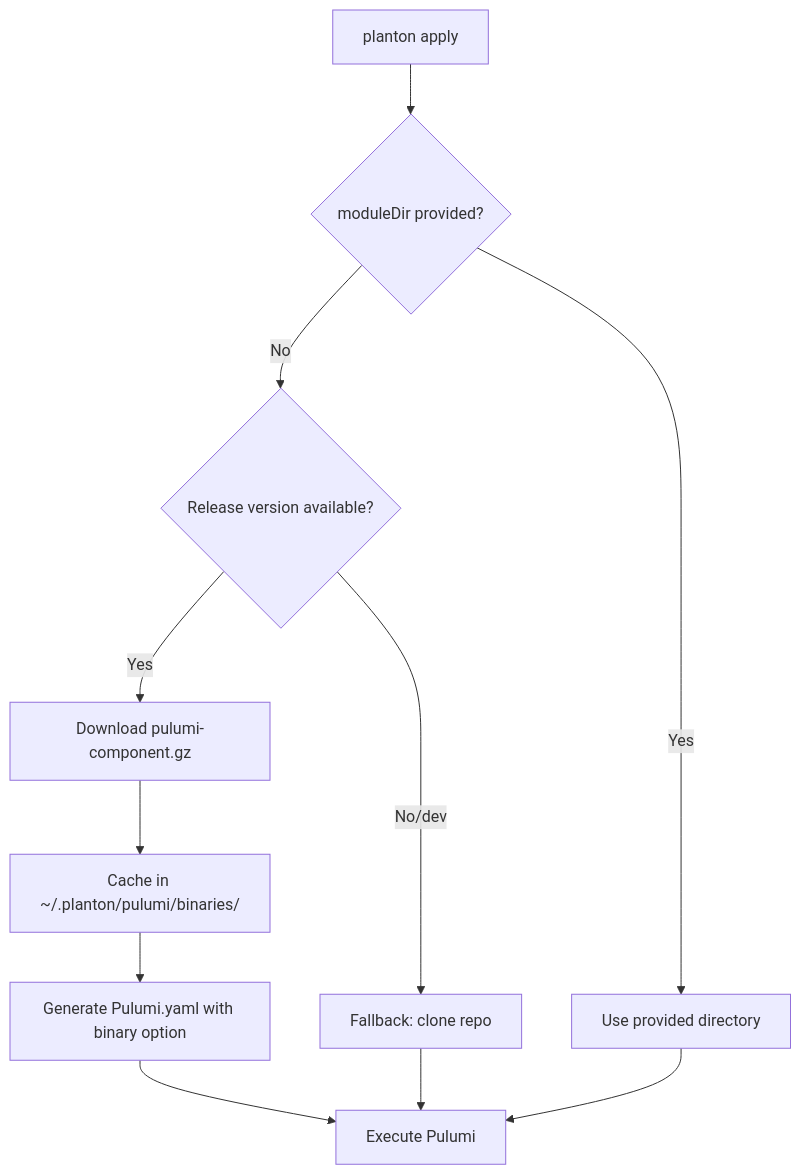
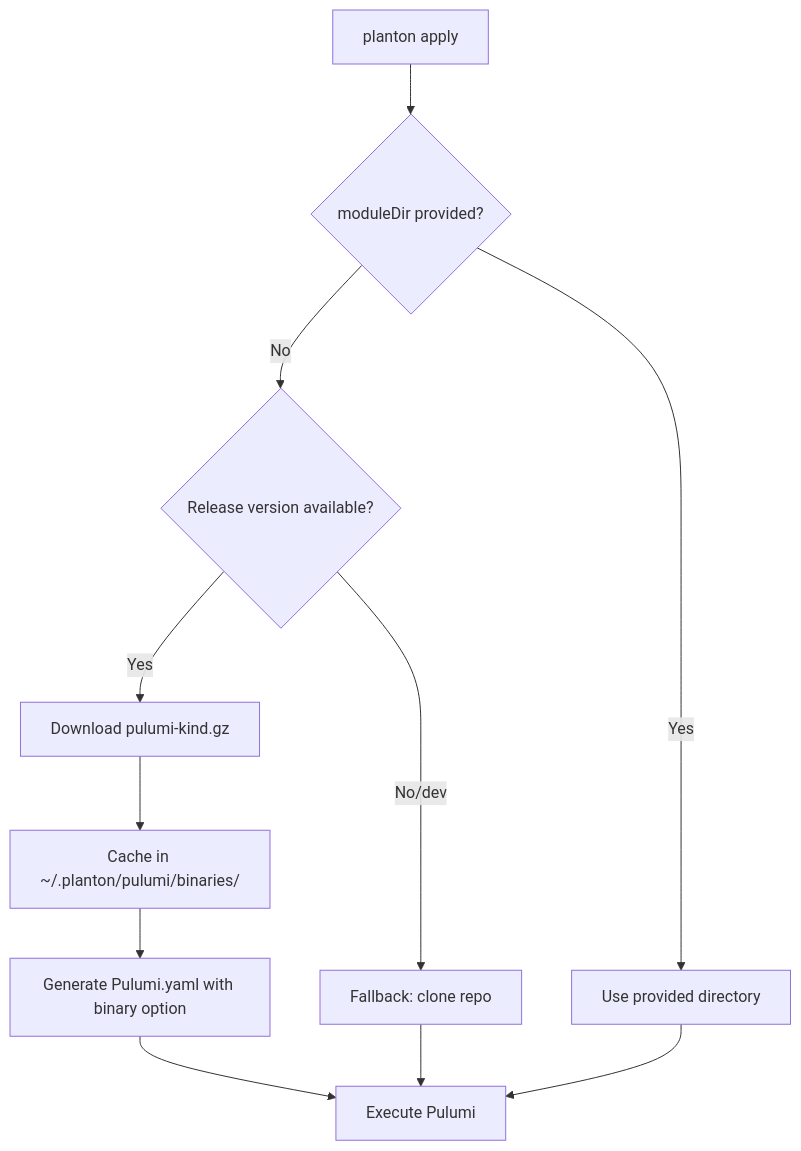
Before and after one commit to plantonhq/planton: the first of 2 diagrams in _changelog/2026-01/2026-01-08-052417-use-pulumi-binary-in-planton-cli.md, drawn with Mermaid. The commit also changed other lines of this file and 19058 other files, not shown here.

````diff
--- a/_changelog/2026-01/2026-01-08-052417-use-pulumi-binary-in-planton-cli.md
+++ b/_changelog/2026-01/2026-01-08-052417-use-pulumi-binary-in-planton-cli.md
@@ -32,13 +32,13 @@
 ```mermaid
 flowchart TB
     A[planton apply] --> B{moduleDir provided?}
     B -->|Yes| C[Use provided directory]
     B -->|No| D{Release version available?}
-    D -->|Yes| E[Download pulumi-component.gz]
+    D -->|Yes| E[Download pulumi-kind.gz]
     D -->|No/dev| F[Fallback: clone repo]
     E --> G[Cache in ~/.planton/pulumi/binaries/]
     G --> H[Generate Pulumi.yaml with binary option]
     H --> I[Execute Pulumi]
     F --> I
     C --> I
 ```
````
